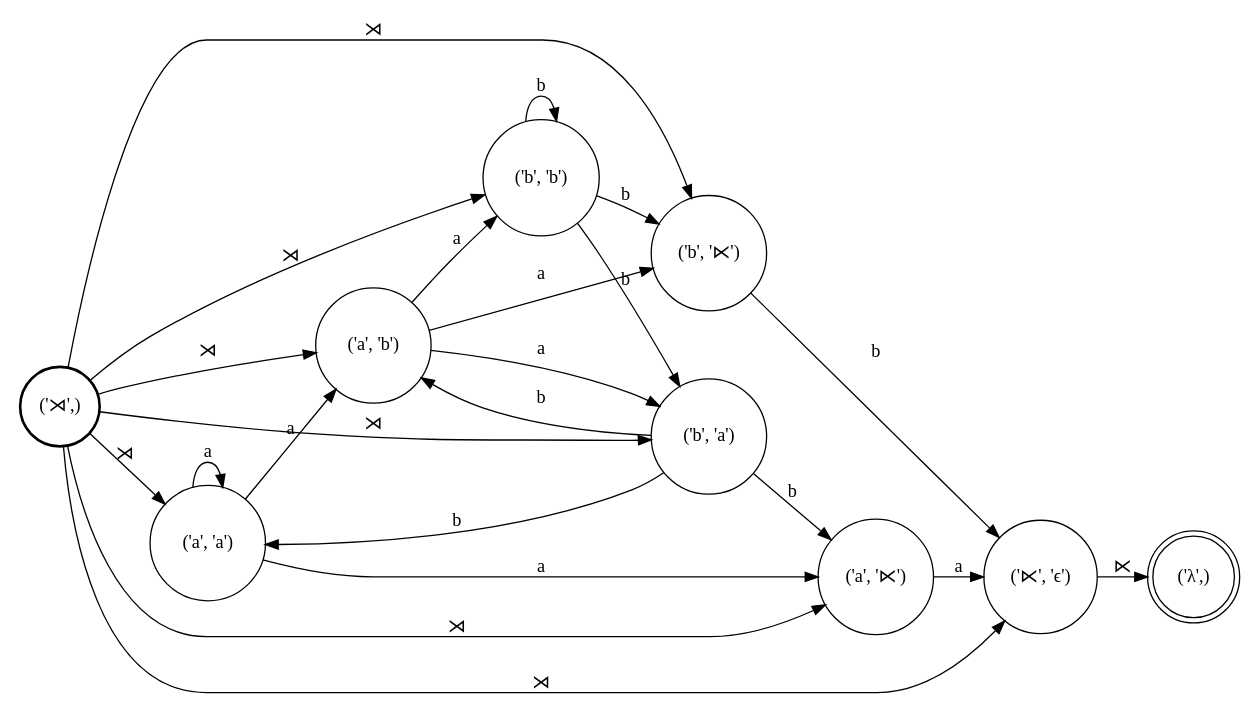
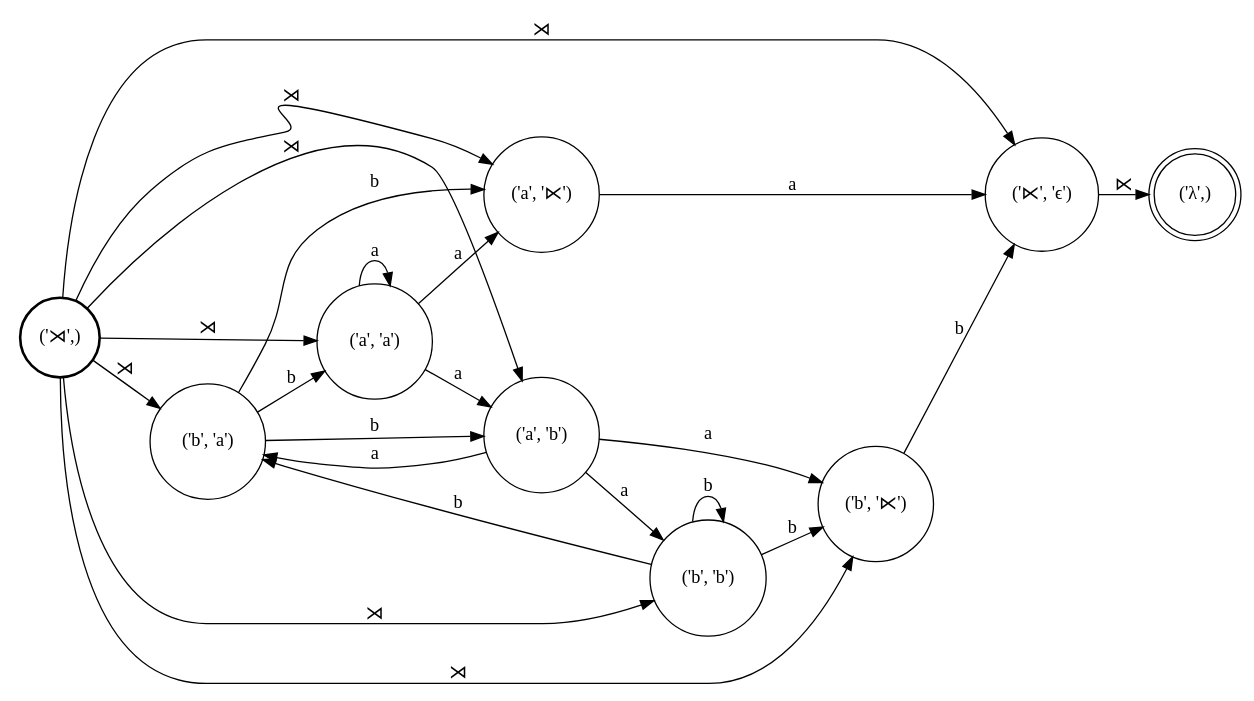
One commit to colincwilson/wynini changed the diagram in demo/R.dot. Above: the diagram before and after it, drawn with Graphviz. The commit also changed 5 other files, not shown here.

```diff
--- a/demo/R.dot
+++ b/demo/R.dot
@@ -1,39 +1,39 @@
 digraph FST {
 rankdir = LR;
 size = "8.5,11";
 center = 1;
 orientation = Portrait;
 ranksep = "0.4";
 nodesep = "0.25";
 8 [label = "('⋊',)", shape = circle, style = bold, fontsize = 14]
+	8 -> 4 [label = "⋊", fontsize = 14];
+	8 -> 6 [label = "⋊", fontsize = 14];
+	8 -> 1 [label = "⋊", fontsize = 14];
 	8 -> 2 [label = "⋊", fontsize = 14];
+	8 -> 5 [label = "⋊", fontsize = 14];
+	8 -> 3 [label = "⋊", fontsize = 14];
 	8 -> 7 [label = "⋊", fontsize = 14];
-	8 -> 4 [label = "⋊", fontsize = 14];
-	8 -> 1 [label = "⋊", fontsize = 14];
-	8 -> 3 [label = "⋊", fontsize = 14];
-	8 -> 6 [label = "⋊", fontsize = 14];
-	8 -> 5 [label = "⋊", fontsize = 14];
 0 [label = "('λ',)", shape = doublecircle, style = solid, fontsize = 14]
 1 [label = "('⋉', 'ϵ')", shape = circle, style = solid, fontsize = 14]
 	1 -> 0 [label = "⋉", fontsize = 14];
 2 [label = "('b', '⋉')", shape = circle, style = solid, fontsize = 14]
 	2 -> 1 [label = "b", fontsize = 14];
 3 [label = "('a', '⋉')", shape = circle, style = solid, fontsize = 14]
 	3 -> 1 [label = "a", fontsize = 14];
-4 [label = "('b', 'b')", shape = circle, style = solid, fontsize = 14]
-	4 -> 2 [label = "b", fontsize = 14];
-	4 -> 4 [label = "b", fontsize = 14];
-	4 -> 6 [label = "b", fontsize = 14];
-5 [label = "('a', 'b')", shape = circle, style = solid, fontsize = 14]
-	5 -> 2 [label = "a", fontsize = 14];
-	5 -> 4 [label = "a", fontsize = 14];
-	5 -> 6 [label = "a", fontsize = 14];
-6 [label = "('b', 'a')", shape = circle, style = solid, fontsize = 14]
-	6 -> 3 [label = "b", fontsize = 14];
-	6 -> 7 [label = "b", fontsize = 14];
-	6 -> 5 [label = "b", fontsize = 14];
-7 [label = "('a', 'a')", shape = circle, style = solid, fontsize = 14]
-	7 -> 3 [label = "a", fontsize = 14];
-	7 -> 7 [label = "a", fontsize = 14];
-	7 -> 5 [label = "a", fontsize = 14];
+4 [label = "('b', 'a')", shape = circle, style = solid, fontsize = 14]
+	4 -> 3 [label = "b", fontsize = 14];
+	4 -> 7 [label = "b", fontsize = 14];
+	4 -> 5 [label = "b", fontsize = 14];
+5 [label = "('a', 'a')", shape = circle, style = solid, fontsize = 14]
+	5 -> 3 [label = "a", fontsize = 14];
+	5 -> 7 [label = "a", fontsize = 14];
+	5 -> 5 [label = "a", fontsize = 14];
+6 [label = "('b', 'b')", shape = circle, style = solid, fontsize = 14]
+	6 -> 2 [label = "b", fontsize = 14];
+	6 -> 4 [label = "b", fontsize = 14];
+	6 -> 6 [label = "b", fontsize = 14];
+7 [label = "('a', 'b')", shape = circle, style = solid, fontsize = 14]
+	7 -> 2 [label = "a", fontsize = 14];
+	7 -> 4 [label = "a", fontsize = 14];
+	7 -> 6 [label = "a", fontsize = 14];
 }
```
